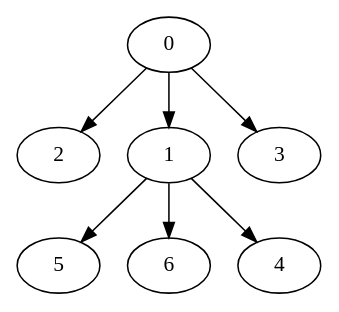
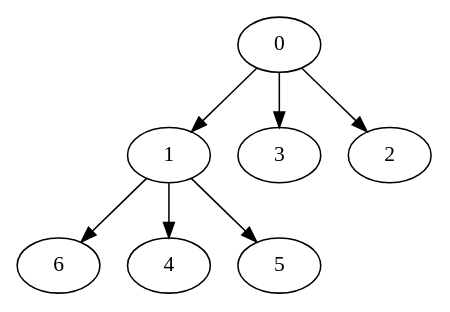
The diagram in Nodes_7_OutTree-output.dot (Akrya/Scheduler), drawn with Graphviz before and after one commit. The commit also changed 3 other files, not shown here.

Commit message:
Randomised the colours for the Gantt Chart

```diff
--- a/Nodes_7_OutTree-output.dot
+++ b/Nodes_7_OutTree-output.dot
@@ -1,15 +1,15 @@
 digraph "Nodes_7_OutTree-output" {
-	 5	 [Weight=7.0,Start=15.0,Processor=0];
-	 2	 [Weight=5.0,Start=22.0,Processor=0];
-	 1	 [Weight=6.0,Start=5.0,Processor=1];
-	 0	 [Weight=5.0,Start=0.0,Processor=1];
-	 6	 [Weight=7.0,Start=11.0,Processor=1];
-	 4	 [Weight=4.0,Start=18.0,Processor=1];
-	 3	 [Weight=6.0,Start=22.0,Processor=1];
+	 0	 [Weight=5.0,Start=0.0,Processor=0];
+	 1	 [Weight=6.0,Start=5.0,Processor=0];
+	 6	 [Weight=7.0,Start=17.0,Processor=0];
+	 3	 [Weight=6.0,Start=11.0,Processor=0];
+	 4	 [Weight=4.0,Start=24.0,Processor=0];
+	 2	 [Weight=5.0,Start=16.0,Processor=1];
+	 5	 [Weight=7.0,Start=21.0,Processor=1];
 	 0 -> 1	[Weight=15.0];
 	 0 -> 2	[Weight=11.0];
 	 0 -> 3	[Weight=11.0];
 	 1 -> 4	[Weight=19.0];
 	 1 -> 5	[Weight=4.0];
 	 1 -> 6	[Weight=21.0];
 }
```
